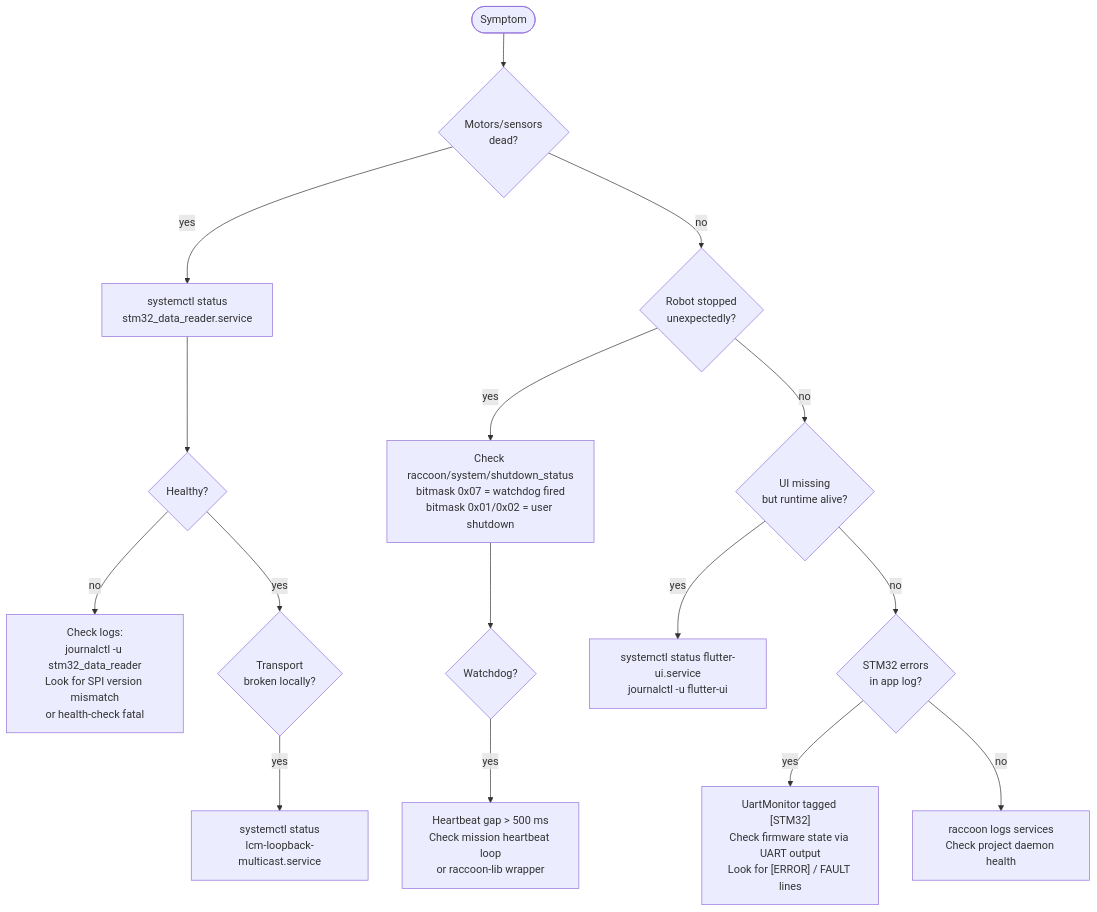
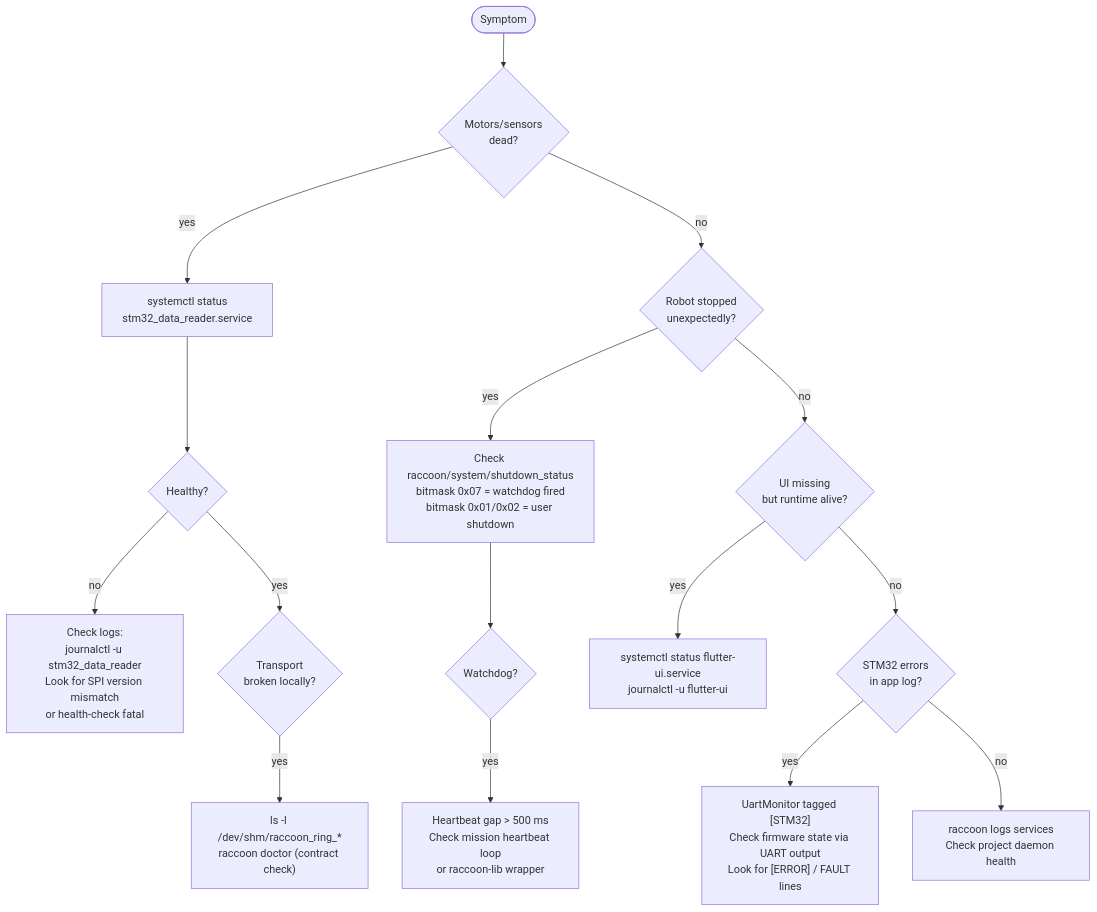
The third of 3 diagrams in content/06-advanced/04-firmware/robot-services-and-systemd.md (htl-stp-ecer/documentation), drawn with Mermaid before and after one commit. The commit also changed other lines of this file and 17 other files, not shown here.

````diff
--- a/content/06-advanced/04-firmware/robot-services-and-systemd.md
+++ b/content/06-advanced/04-firmware/robot-services-and-systemd.md
@@ -554,18 +430,18 @@
 ```mermaid
 flowchart TD
     START([Symptom]) --> Q1{Motors/sensors\ndead?}
     Q1 -- yes --> A1["systemctl status\nstm32_data_reader.service"]
     A1 --> A2{Healthy?}
     A2 -- no --> A3["Check logs:\njournalctl -u stm32_data_reader\nLook for SPI version mismatch\nor health-check fatal"]
     A2 -- yes --> Q2{Transport\nbroken locally?}
-    Q2 -- yes --> B1["systemctl status\nlcm-loopback-multicast.service"]
+    Q2 -- yes --> B1["ls -l /dev/shm/raccoon_ring_*\nraccoon doctor (contract check)"]
     Q1 -- no --> Q3{Robot stopped\nunexpectedly?}
     Q3 -- yes --> C1["Check raccoon/system/shutdown_status\nbitmask 0x07 = watchdog fired\nbitmask 0x01/0x02 = user shutdown"]
     C1 --> C2{Watchdog?}
     C2 -- yes --> C3["Heartbeat gap > 500 ms\nCheck mission heartbeat loop\nor raccoon-lib wrapper"]
     Q3 -- no --> Q4{UI missing\nbut runtime alive?}
     Q4 -- yes --> D1["systemctl status flutter-ui.service\njournalctl -u flutter-ui"]
     Q4 -- no --> Q5{STM32 errors\nin app log?}
     Q5 -- yes --> E1["UartMonitor tagged [STM32]\nCheck firmware state via UART output\nLook for [ERROR] / FAULT lines"]
     Q5 -- no --> F1["raccoon logs services\nCheck project daemon health"]
 ```
````
